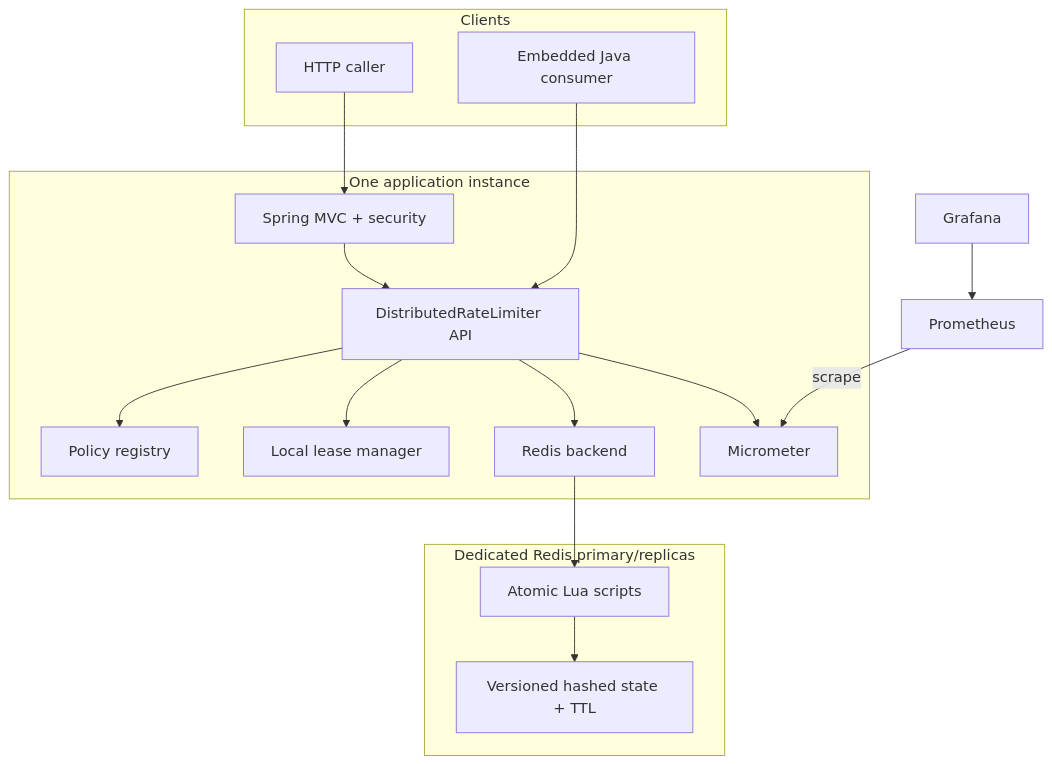
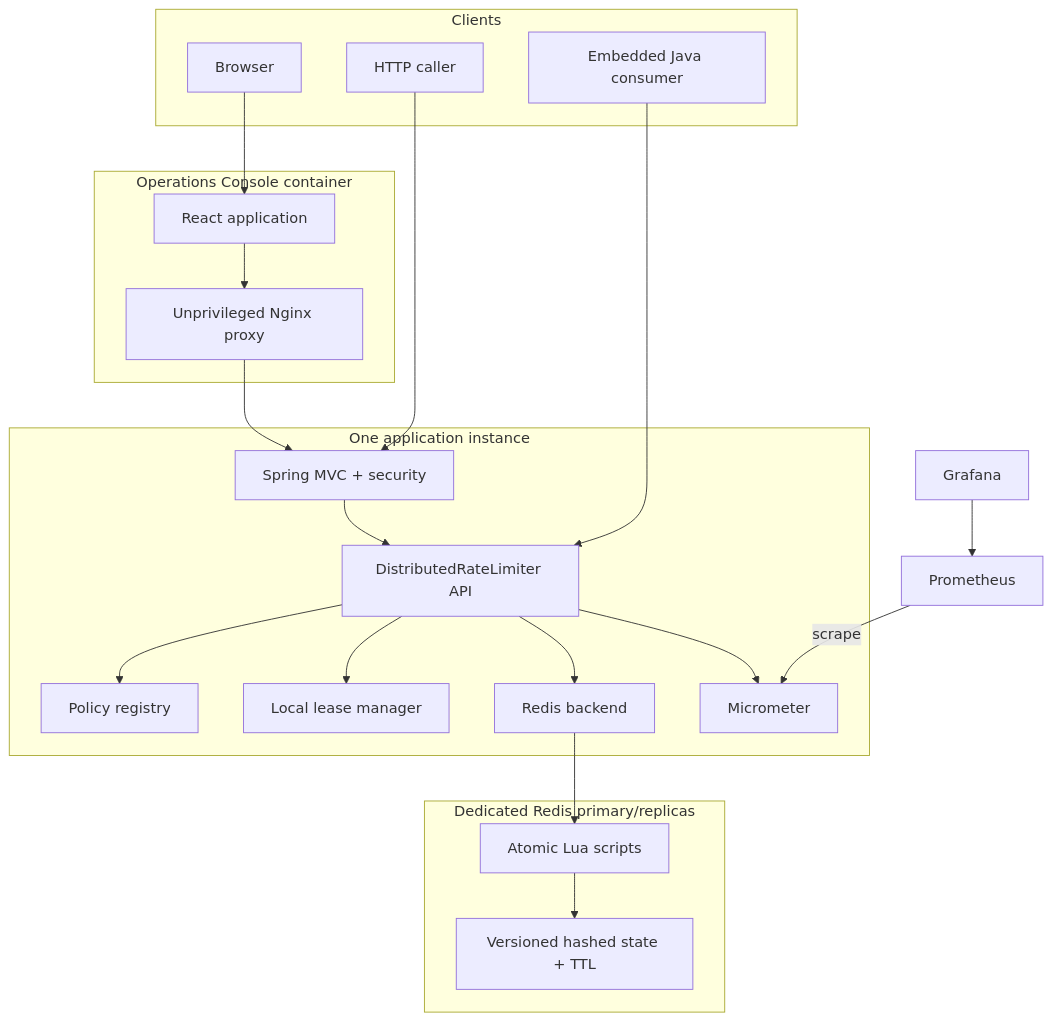
One commit to balajik10/distributed-rate-limiter changed the first of 3 diagrams in docs/ARCHITECTURE.md. Above: the diagram before and after it, drawn with Mermaid. The commit also changed other lines of this file and 95 other files, not shown here.

Commit message:
feat: add rate limiter operations console

````diff
--- a/docs/ARCHITECTURE.md
+++ b/docs/ARCHITECTURE.md
@@ -7,27 +7,33 @@
 ```mermaid
 flowchart TB
   subgraph Clients
     J[Embedded Java consumer]
     H[HTTP caller]
+    B[Browser]
+  end
+  subgraph UI[Operations Console container]
+    R[React application]
+    N[Unprivileged Nginx proxy]
   end
   subgraph JVM[One application instance]
     MVC[Spring MVC + security]
     API[DistributedRateLimiter API]
     PR[Policy registry]
     LL[Local lease manager]
     RB[Redis backend]
     M[Micrometer]
   end
   subgraph RedisDeployment[Dedicated Redis primary/replicas]
     LUA[Atomic Lua scripts]
     STATE[Versioned hashed state + TTL]
   end
+  B --> R --> N --> MVC
   H --> MVC --> API
   J --> API
   API --> PR
   API --> LL
   API --> RB --> LUA --> STATE
   API --> M
   Prometheus -->|scrape| M
   Grafana --> Prometheus
 ```
````
